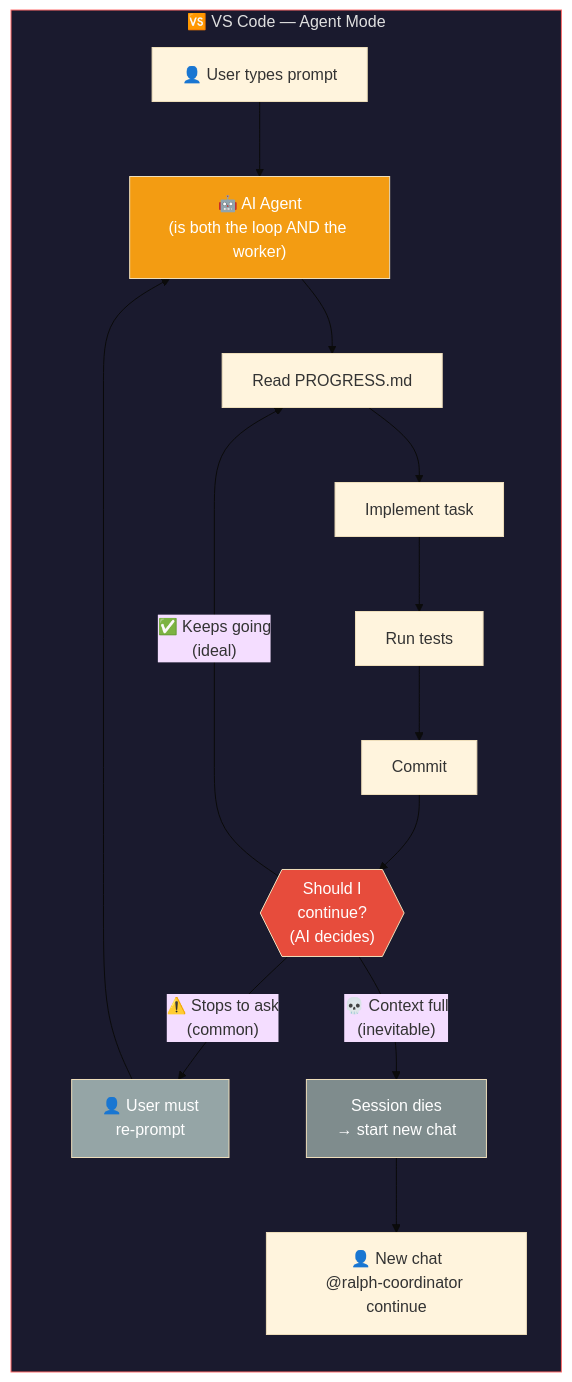
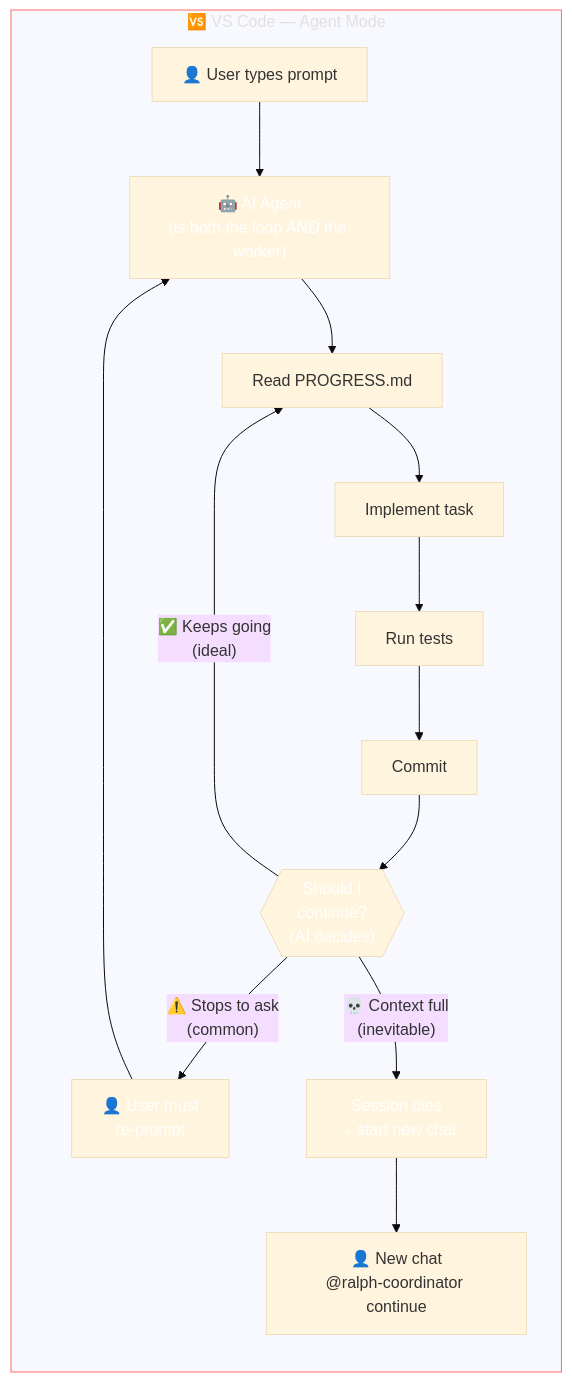
The tenth of 12 diagrams in README.md (abossard/ghcp-agent-2024), drawn with Mermaid (base theme) before and after one commit. The commit also changed other lines of this file, not shown here.

````diff
--- a/README.md
+++ b/README.md
@@ -430,23 +465,23 @@
 ```mermaid
 flowchart TB
     subgraph VSCODE ["🆚 VS Code — Agent Mode"]
         direction TB
         U["👤 User types prompt"] --> A["🤖 AI Agent\n(is both the loop AND the worker)"]
         A --> A1[Read PROGRESS.md]
         A1 --> A2[Implement task]
         A2 --> A3[Run tests]
         A3 --> A4[Commit]
         A4 --> A5{{"Should I\ncontinue?\n(AI decides)"}}
         A5 -->|"✅ Keeps going\n(ideal)"| A1
         A5 -->|"⚠️ Stops to ask\n(common)"| W["👤 User must\nre-prompt"]
         A5 -->|"💀 Context full\n(inevitable)"| X["Session dies\n→ start new chat"]
         W --> A
         X --> N["👤 New chat\n@ralph-coordinator continue"]
     end
 
-    style VSCODE fill:#1a1a2e,color:#e0e0e0,stroke:#ff6b6b
-    style A fill:#f39c12,color:#fff
-    style A5 fill:#e74c3c,color:#fff
-    style W fill:#95a5a6,color:#fff
-    style X fill:#7f8c8d,color:#fff
+    style VSCODE color:#e0e0e0,stroke:#ff6b6b
+    style A color:#fff
+    style A5 color:#fff
+    style W color:#fff
+    style X color:#fff
 ```
````
